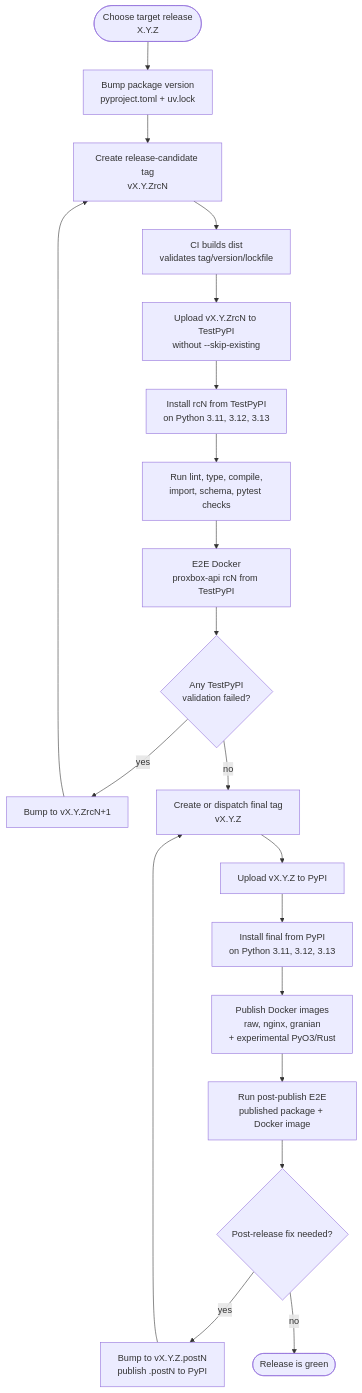
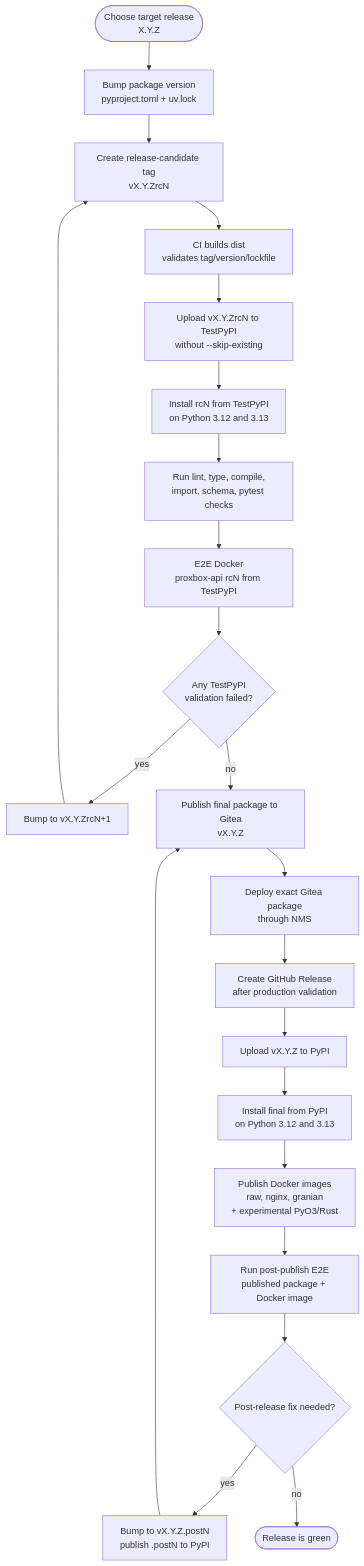
The first of 2 diagrams in docs/development/release-publishing.md (emersonfelipesp/proxbox-api), drawn with Mermaid before and after one commit. The commit also changed other lines of this file and 30 other files, not shown here.

Commit message:
Prepare immutable package-first release

````diff
--- a/docs/development/release-publishing.md
+++ b/docs/development/release-publishing.md
@@ -13,27 +13,29 @@
 ```mermaid
 flowchart TD
     Start([Choose target release\nX.Y.Z])
     Bump[Bump package version\npyproject.toml + uv.lock]
     RCTag[Create release-candidate tag\nvX.Y.ZrcN]
     RCCI[CI builds dist\nvalidates tag/version/lockfile]
     RCUpload[Upload vX.Y.ZrcN to TestPyPI\nwithout --skip-existing]
-    RCValidate[Install rcN from TestPyPI\non Python 3.11, 3.12, 3.13]
+    RCValidate[Install rcN from TestPyPI\non Python 3.12 and 3.13]
     RCChecks[Run lint, type, compile,\nimport, schema, pytest checks]
     RCE2E[E2E Docker\nproxbox-api rcN from TestPyPI]
     RCFailed{Any TestPyPI\nvalidation failed?}
     NextRC[Bump to vX.Y.ZrcN+1]
-    FinalTag[Create or dispatch final tag\nvX.Y.Z]
+    FinalPrivate[Publish final package to Gitea\nvX.Y.Z]
+    Deploy[Deploy exact Gitea package\nthrough NMS]
+    PublicRelease[Create GitHub Release\nafter production validation]
     FinalUpload[Upload vX.Y.Z to PyPI]
-    FinalValidate[Install final from PyPI\non Python 3.11, 3.12, 3.13]
+    FinalValidate[Install final from PyPI\non Python 3.12 and 3.13]
     Docker[Publish Docker images\nraw, nginx, granian\n+ experimental PyO3/Rust]
     FinalE2E[Run post-publish E2E\npublished package + Docker image]
     FinalFailed{Post-release fix needed?}
     Post[Bump to vX.Y.Z.postN\npublish .postN to PyPI]
     Done([Release is green])
 
     Start --> Bump --> RCTag --> RCCI --> RCUpload --> RCValidate --> RCChecks --> RCE2E --> RCFailed
     RCFailed -- yes --> NextRC --> RCTag
-    RCFailed -- no --> FinalTag --> FinalUpload --> FinalValidate --> Docker --> FinalE2E --> FinalFailed
-    FinalFailed -- yes --> Post --> FinalTag
+    RCFailed -- no --> FinalPrivate --> Deploy --> PublicRelease --> FinalUpload --> FinalValidate --> Docker --> FinalE2E --> FinalFailed
+    FinalFailed -- yes --> Post --> FinalPrivate
     FinalFailed -- no --> Done
 ```
````
